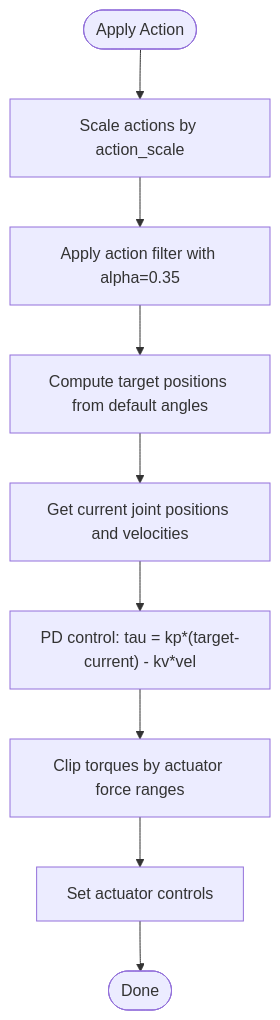
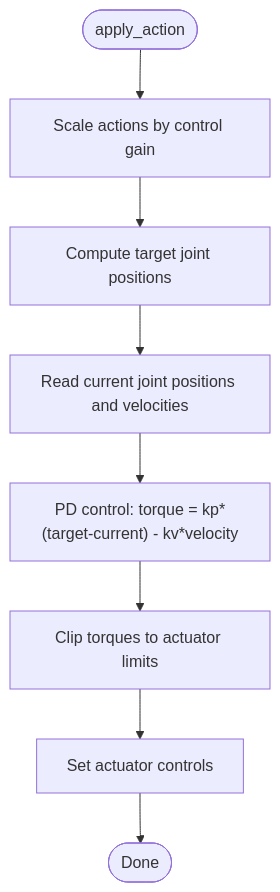
The fourth of 7 diagrams in .qoder/repowiki/en/content/Navigation Environments/VBot Navigation/VBot Base Environment.md (jayjayhust/MotrixLab), drawn with Mermaid before and after one commit. The commit also changed other lines of this file and 8 other files, not shown here.

````diff
--- a/.qoder/repowiki/en/content/Navigation Environments/VBot Navigation/VBot Base Environment.md
+++ b/.qoder/repowiki/en/content/Navigation Environments/VBot Navigation/VBot Base Environment.md
@@ -299,11 +203,10 @@
 ```mermaid
 flowchart TD
-Start(["Apply Action"]) --> Scale["Scale actions by action_scale"]
-Scale --> Filter["Apply action filter with alpha=0.35"]
-Filter --> TargetPos["Compute target positions from default angles"]
-TargetPos --> GetCurrent["Get current joint positions and velocities"]
-GetCurrent --> PDCalc["PD control: tau = kp*(target-current) - kv*vel"]
-PDCalc --> LimitTorque["Clip torques by actuator force ranges"]
-LimitTorque --> SetCtrls["Set actuator controls"]
-SetCtrls --> End(["Done"])
+Start(["apply_action"]) --> Scale["Scale actions by control gain"]
+Scale --> Targets["Compute target joint positions"]
+Targets --> Current["Read current joint positions and velocities"]
+Current --> PD["PD control: torque = kp*(target-current) - kv*velocity"]
+PD --> Clip["Clip torques to actuator limits"]
+Clip --> SetCtrl["Set actuator controls"]
+SetCtrl --> End(["Done"])
 ```
````
